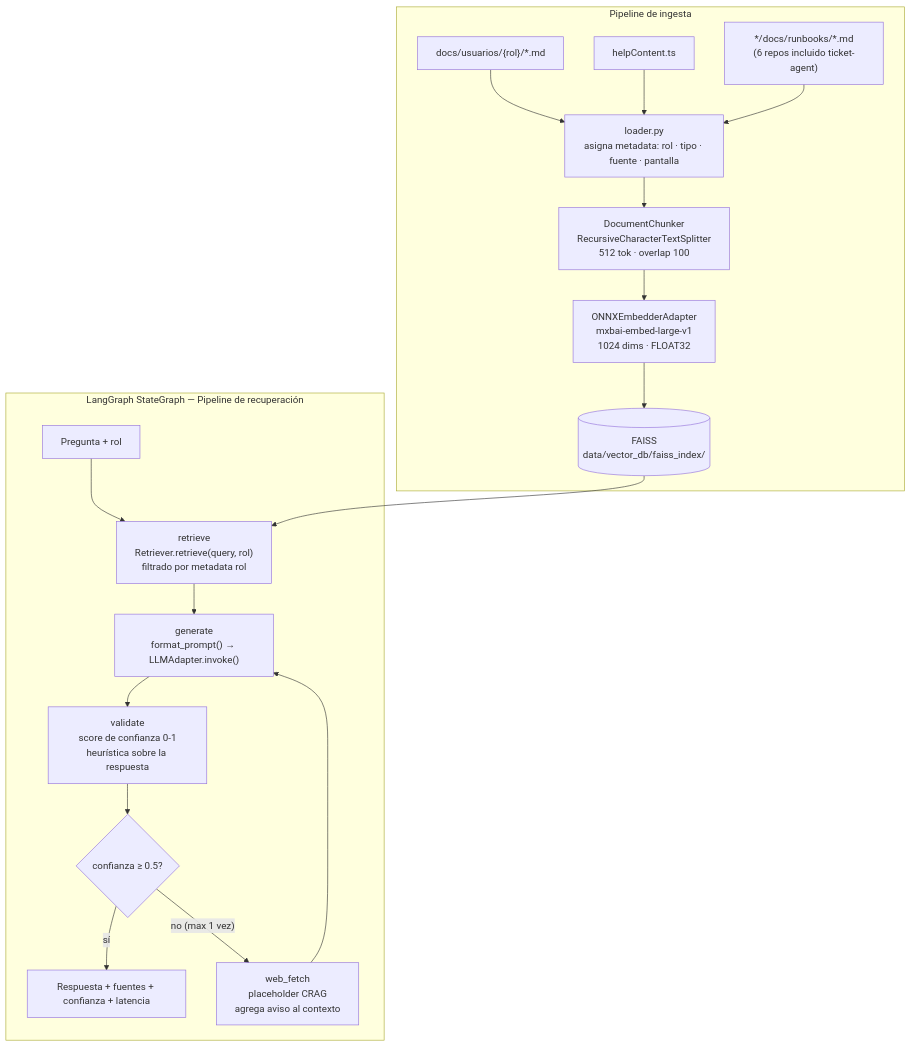
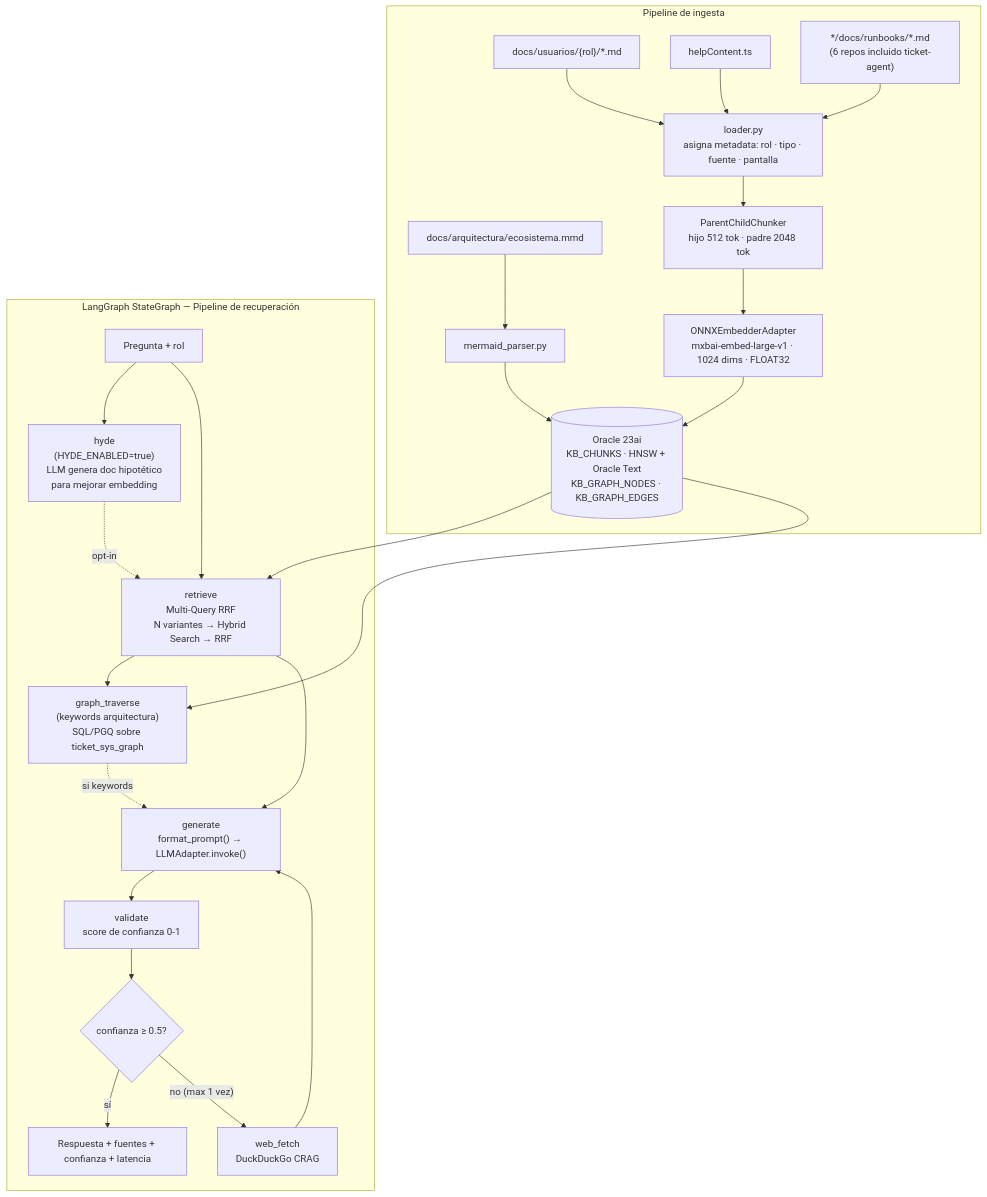
Before and after one commit to jjrm2004mx/stack_ticket_doc: the diagram in ticket-agent/docs/runbooks/02_arquitectura_tecnica.md, drawn with Mermaid. The commit also changed other lines of this file and 29 other files, not shown here.

````diff
--- a/ticket-agent/docs/runbooks/02_arquitectura_tecnica.md
+++ b/ticket-agent/docs/runbooks/02_arquitectura_tecnica.md
@@ -9,30 +9,40 @@
 ```mermaid
 flowchart TD
     subgraph INGESTA["Pipeline de ingesta"]
         SRC1["docs/usuarios/{rol}/*.md"]
         SRC2["helpContent.ts"]
         SRC3["*/docs/runbooks/*.md\n(6 repos incluido ticket-agent)"]
+        MMD["docs/arquitectura/ecosistema.mmd"]
         LOADER["loader.py\nasigna metadata: rol · tipo · fuente · pantalla"]
-        CHUNKER["DocumentChunker\nRecursiveCharacterTextSplitter\n512 tok · overlap 100"]
-        EMBEDDER["ONNXEmbedderAdapter\nmxbai-embed-large-v1\n1024 dims · FLOAT32"]
-        FAISS[("FAISS\ndata/vector_db/faiss_index/")]
+        CHUNKER["ParentChildChunker\nhijo 512 tok · padre 2048 tok"]
+        EMBEDDER["ONNXEmbedderAdapter\nmxbai-embed-large-v1 · 1024 dims · FLOAT32"]
+        ORACLE[("Oracle 23ai\nKB_CHUNKS · HNSW + Oracle Text\nKB_GRAPH_NODES · KB_GRAPH_EDGES")]
+        PARSER["mermaid_parser.py"]
 
-        SRC1 & SRC2 & SRC3 --> LOADER --> CHUNKER --> EMBEDDER --> FAISS
+        SRC1 & SRC2 & SRC3 --> LOADER --> CHUNKER --> EMBEDDER --> ORACLE
+        MMD --> PARSER --> ORACLE
     end
 
     subgraph GRAPH["LangGraph StateGraph — Pipeline de recuperación"]
         Q["Pregunta + rol"]
-        RETRIEVE["retrieve\nRetriever.retrieve(query, rol)\nfiltrado por metadata rol"]
+        HYDE["hyde\n(HYDE_ENABLED=true)\nLLM genera doc hipotético\npara mejorar embedding"]
+        RETRIEVE["retrieve\nMulti-Query RRF\nN variantes → Hybrid Search → RRF"]
+        TRAVERSE["graph_traverse\n(keywords arquitectura)\nSQL/PGQ sobre ticket_sys_graph"]
         GENERATE["generate\nformat_prompt() → LLMAdapter.invoke()"]
-        VALIDATE["validate\nscore de confianza 0-1\nheurística sobre la respuesta"]
+        VALIDATE["validate\nscore de confianza 0-1"]
         ROUTE{"confianza ≥ 0.5?"}
-        WEB["web_fetch\nplaceholder CRAG\nagrega aviso al contexto"]
+        WEB["web_fetch\nDuckDuckGo CRAG"]
         RESP["Respuesta + fuentes + confianza + latencia"]
 
-        Q --> RETRIEVE --> GENERATE --> VALIDATE --> ROUTE
+        Q --> HYDE -.->|"opt-in"| RETRIEVE
+        Q --> RETRIEVE
+        RETRIEVE --> TRAVERSE -.->|"si keywords"| GENERATE
+        RETRIEVE --> GENERATE
+        GENERATE --> VALIDATE --> ROUTE
         ROUTE -->|"sí"| RESP
         ROUTE -->|"no (max 1 vez)"| WEB --> GENERATE
     end
 
-    FAISS --> RETRIEVE
+    ORACLE --> RETRIEVE
+    ORACLE --> TRAVERSE
 ```
````
